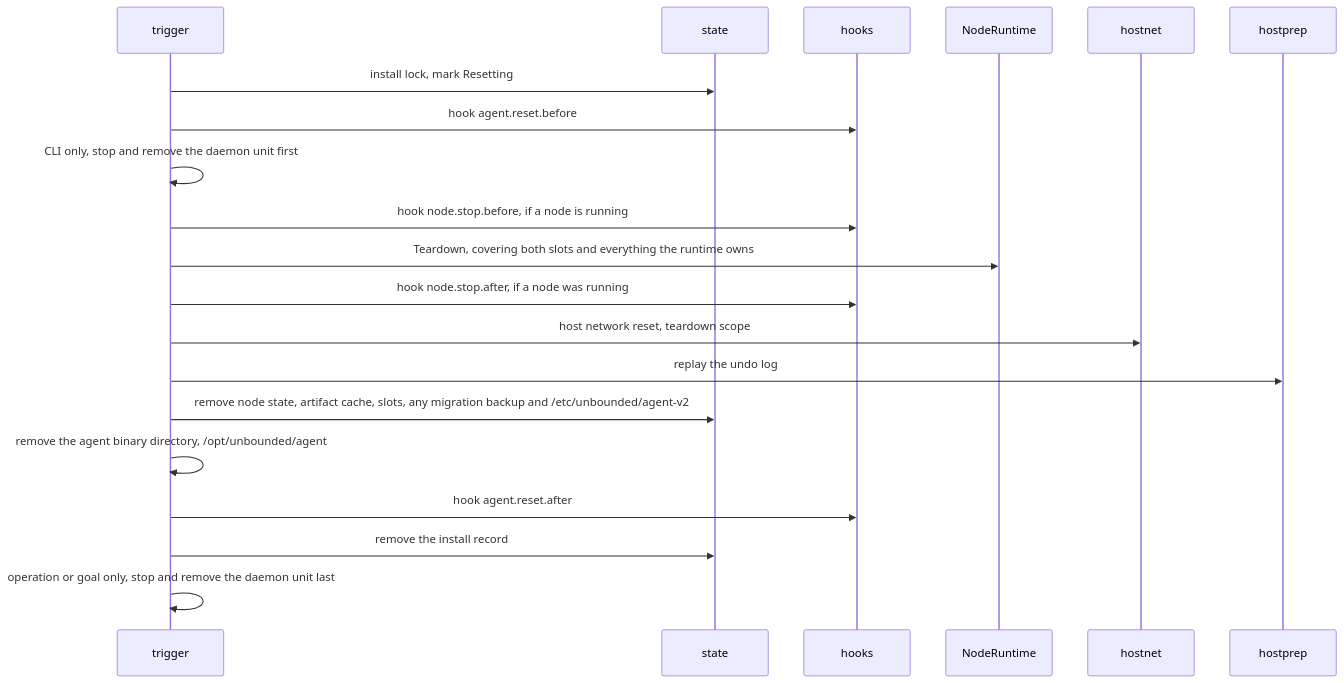
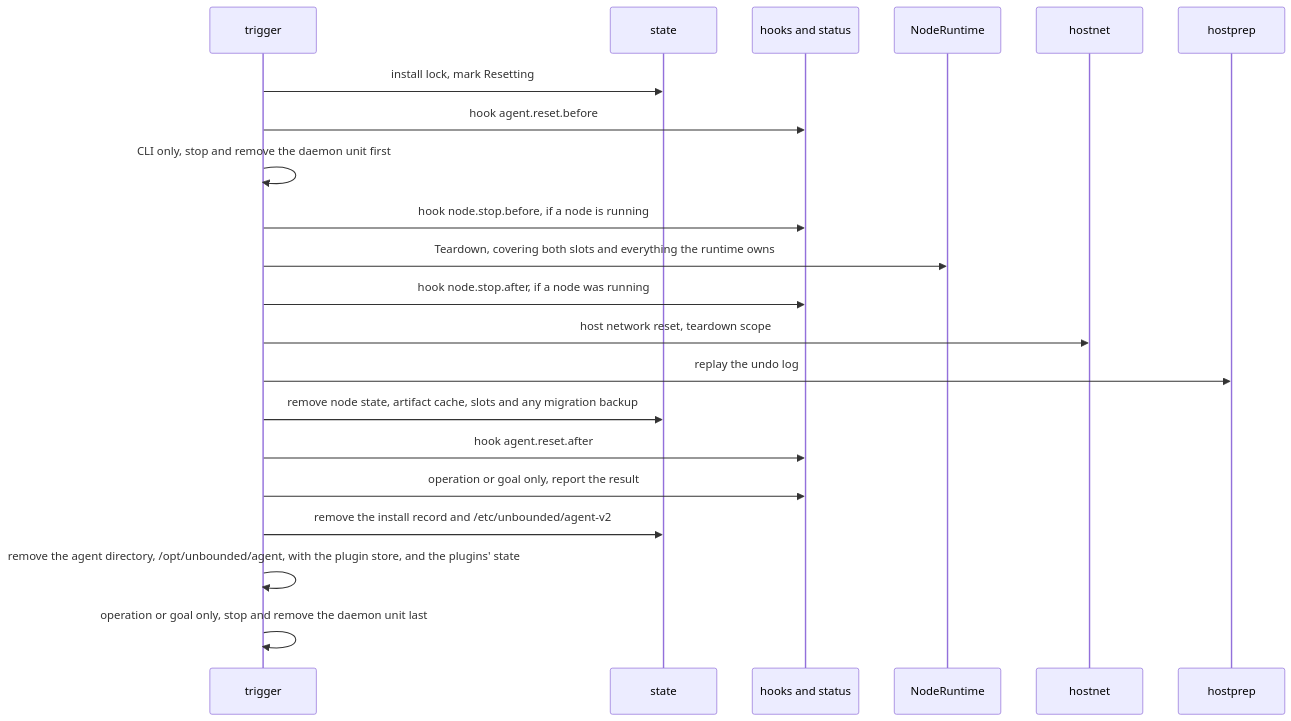
One commit to Azure/unbounded changed the fifth of 5 diagrams in designs/agent-v2/05-lifecycles.md. Above: the diagram before and after it, drawn with Mermaid. The commit also changed other lines of this file and 12 other files, not shown here.

````diff
--- a/designs/agent-v2/05-lifecycles.md
+++ b/designs/agent-v2/05-lifecycles.md
@@ -276,22 +272,23 @@
 ```mermaid
 sequenceDiagram
   participant T as trigger
   participant St as state
-  participant Px as hooks
+  participant Px as hooks and status
   participant RT as NodeRuntime
   participant HN as hostnet
   participant HP as hostprep
   T->>St: install lock, mark Resetting
   T->>Px: hook agent.reset.before
   T->>T: CLI only, stop and remove the daemon unit first
   T->>Px: hook node.stop.before, if a node is running
   T->>RT: Teardown, covering both slots and everything the runtime owns
   T->>Px: hook node.stop.after, if a node was running
   T->>HN: host network reset, teardown scope
   T->>HP: replay the undo log
-  T->>St: remove node state, artifact cache, slots, any migration backup and /etc/unbounded/agent-v2
-  T->>T: remove the agent binary directory, /opt/unbounded/agent
+  T->>St: remove node state, artifact cache, slots and any migration backup
   T->>Px: hook agent.reset.after
-  T->>St: remove the install record
+  T->>Px: operation or goal only, report the result
+  T->>St: remove the install record and /etc/unbounded/agent-v2
+  T->>T: remove the agent directory, /opt/unbounded/agent, with the plugin store, and the plugins' state
   T->>T: operation or goal only, stop and remove the daemon unit last
 ```
````
